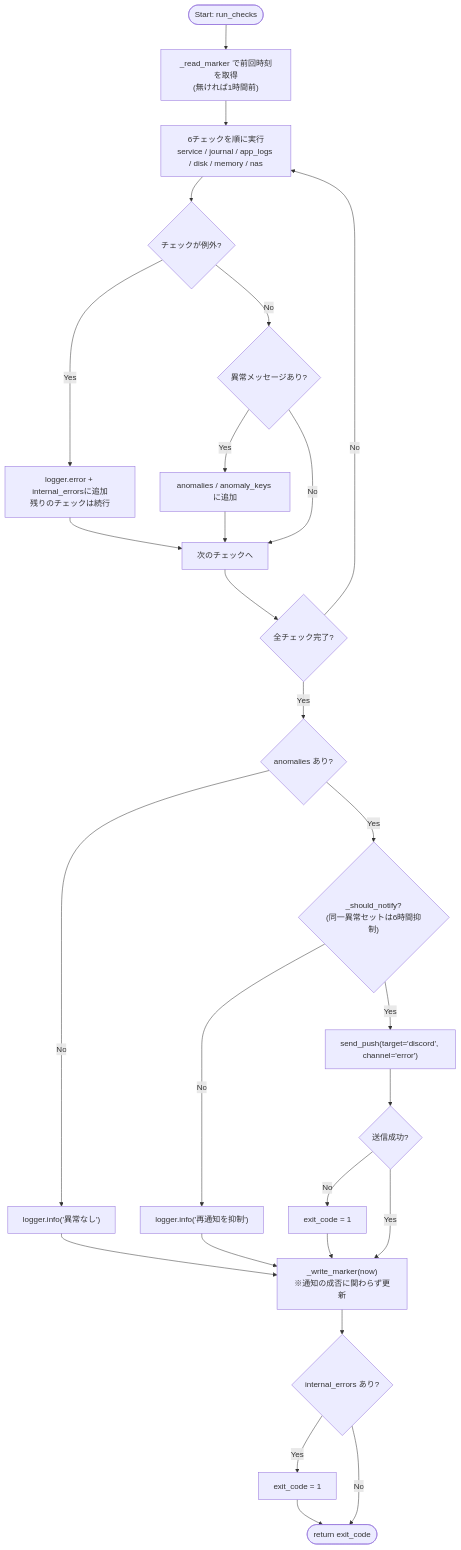
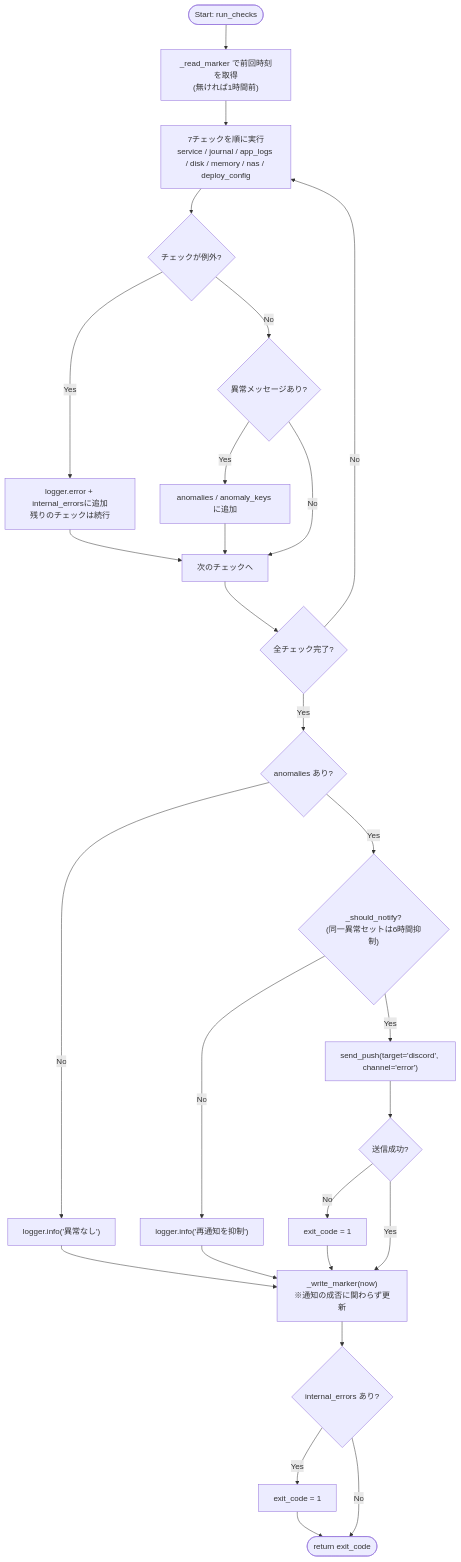
Before and after one commit to mmtigers/my_python_project: the first of 2 diagrams in docs/specifications/MY_HOME_SYSTEM/health_watch.md, drawn with Mermaid. The commit also changed other lines of this file and 19 other files, not shown here.

````diff
--- a/docs/specifications/MY_HOME_SYSTEM/health_watch.md
+++ b/docs/specifications/MY_HOME_SYSTEM/health_watch.md
@@ -362,29 +480,29 @@
 ```mermaid
 flowchart TD
     Start([Start: run_checks]) --> ReadMarker["_read_marker で前回時刻を取得<br/>(無ければ1時間前)"]
-    ReadMarker --> Loop["6チェックを順に実行<br/>service / journal / app_logs / disk / memory / nas"]
+    ReadMarker --> Loop["7チェックを順に実行<br/>service / journal / app_logs / disk / memory / nas / deploy_config"]
     Loop --> CheckErr{"チェックが例外?"}
     CheckErr -- Yes --> LogInternal["logger.error + internal_errorsに追加<br/>残りのチェックは続行"]
     CheckErr -- No --> HasResult{"異常メッセージあり?"}
     HasResult -- Yes --> Collect["anomalies / anomaly_keys に追加"]
     HasResult -- No --> NextCheck["次のチェックへ"]
     LogInternal --> NextCheck
     Collect --> NextCheck
     NextCheck --> AllDone{"全チェック完了?"}
     AllDone -- No --> Loop
     AllDone -- Yes --> AnyAnomaly{"anomalies あり?"}
     AnyAnomaly -- No --> LogOk["logger.info('異常なし')"]
     AnyAnomaly -- Yes --> ShouldNotify{"_should_notify?<br/>(同一異常セットは6時間抑制)"}
     ShouldNotify -- No --> LogSuppress["logger.info('再通知を抑制')"]
     ShouldNotify -- Yes --> Notify["send_push(target='discord', channel='error')"]
     Notify --> NotifyOk{"送信成功?"}
     NotifyOk -- No --> ExitErr["exit_code = 1"]
     NotifyOk -- Yes --> WriteMarker
     LogOk --> WriteMarker
     LogSuppress --> WriteMarker
     ExitErr --> WriteMarker
     WriteMarker["_write_marker(now)<br/>※通知の成否に関わらず更新"] --> InternalCheck{"internal_errors あり?"}
     InternalCheck -- Yes --> ExitOne["exit_code = 1"]
     InternalCheck -- No --> End([return exit_code])
     ExitOne --> End
 ```
````
